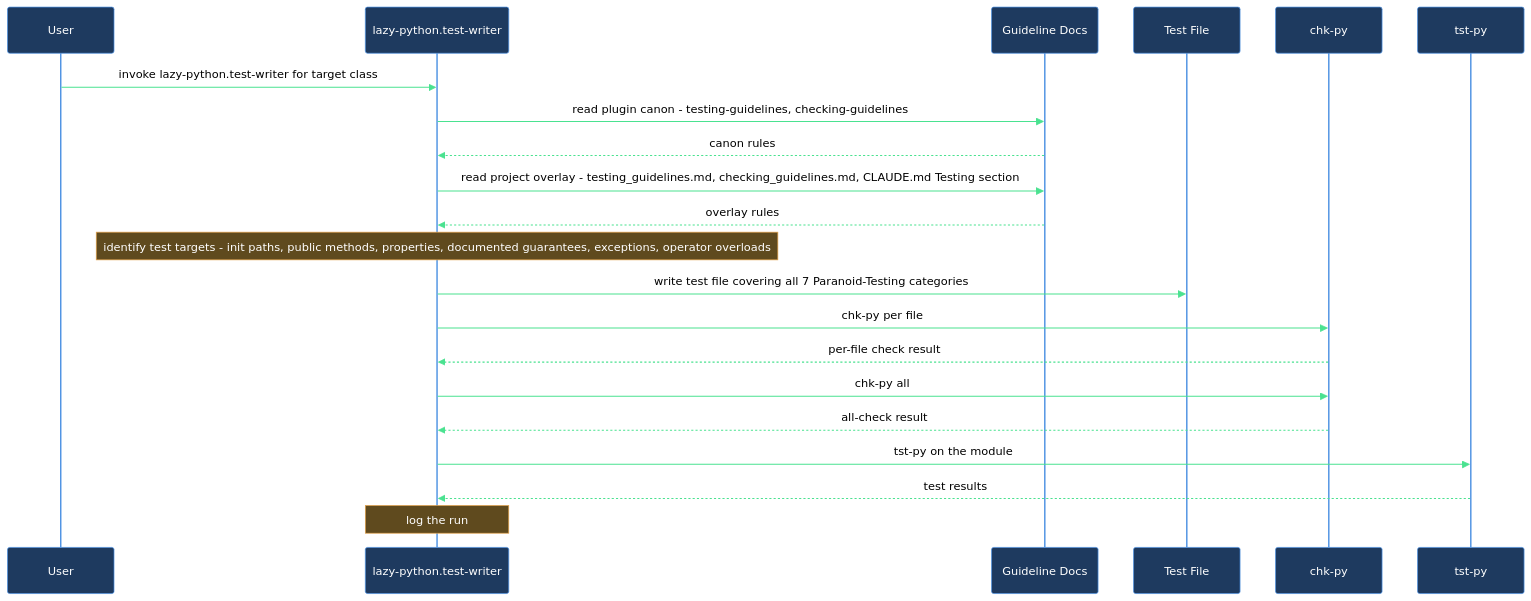
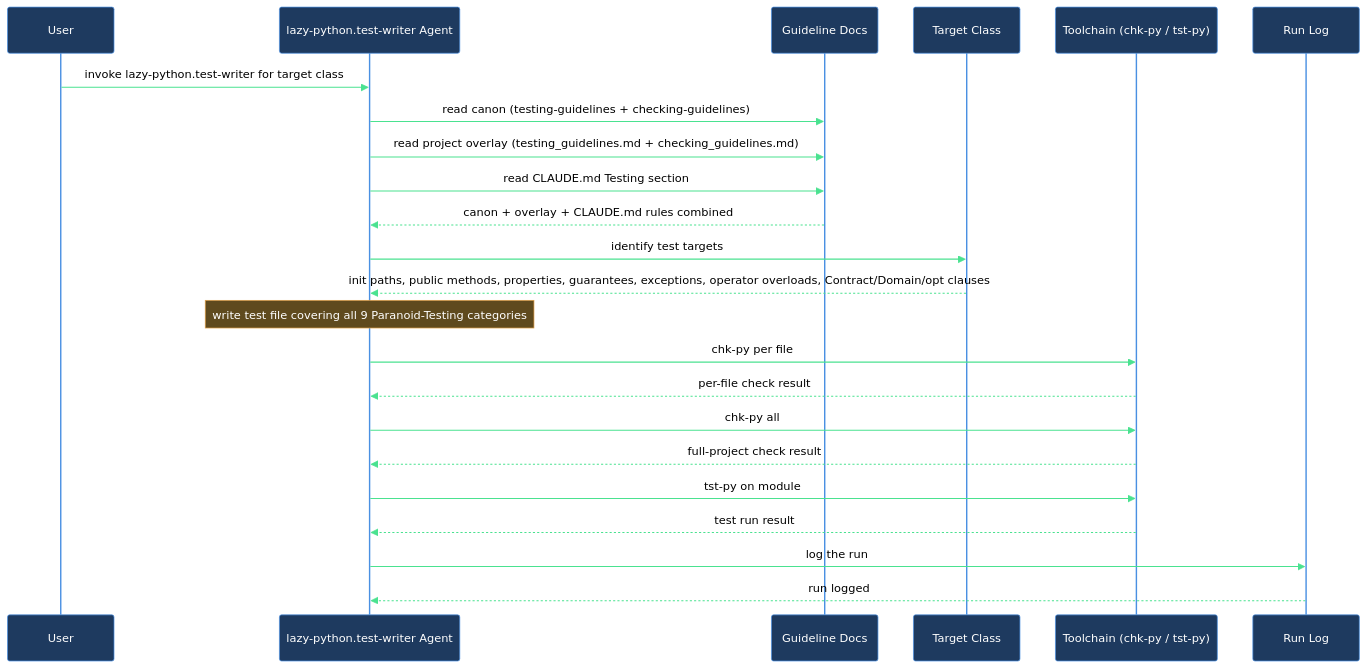
One commit to mebius-san/lazy-cortex changed the diagram in claude/lazycortex-python/help/walkthroughs/write-tests-for-new-class.md. Above: the diagram before and after it, drawn with Mermaid. The commit also changed other lines of this file and 289 other files, not shown here.

````diff
--- a/claude/lazycortex-python/help/walkthroughs/write-tests-for-new-class.md
+++ b/claude/lazycortex-python/help/walkthroughs/write-tests-for-new-class.md
@@ -171,25 +176,27 @@
 ```mermaid
 %%{init: {'themeVariables':{'background':'transparent','primaryColor':'#1e3a5f','primaryBorderColor':'#4a90e2','primaryTextColor':'#fff','lineColor':'#4ae290','actorBkg':'#1e3a5f','actorBorder':'#4a90e2','actorTextColor':'#fff','actorLineColor':'#4a90e2','signalColor':'#4ae290','signalTextColor':'#000','noteBkgColor':'#5f4a1e','noteBorderColor':'#e2a14a','noteTextColor':'#fff','labelBoxBkgColor':'#5f4a1e','labelBoxBorderColor':'#e2a14a','labelTextColor':'#fff','loopTextColor':'#e2a14a'},'sequence':{'diagramPadding':5,'useMaxWidth':true}}}%%
 sequenceDiagram
   participant user as User
-  participant testWriter as lazy-python.test-writer
+  participant testWriter as lazy-python.test-writer Agent
   participant docs as Guideline Docs
-  participant testFile as Test File
-  participant chkPy as chk-py
-  participant tstPy as tst-py
+  participant targetClass as Target Class
+  participant toolchain as Toolchain (chk-py / tst-py)
+  participant runLog as Run Log
 
   user->>testWriter: invoke lazy-python.test-writer for target class
-  testWriter->>docs: read plugin canon - testing-guidelines, checking-guidelines
-  docs-->>testWriter: canon rules
-  testWriter->>docs: read project overlay - testing_guidelines.md, checking_guidelines.md, CLAUDE.md Testing section
-  docs-->>testWriter: overlay rules
-  Note over testWriter: identify test targets - init paths, public methods, properties, documented guarantees, exceptions, operator overloads
-  testWriter->>testFile: write test file covering all 7 Paranoid-Testing categories
-  testWriter->>chkPy: chk-py per file
-  chkPy-->>testWriter: per-file check result
-  testWriter->>chkPy: chk-py all
-  chkPy-->>testWriter: all-check result
-  testWriter->>tstPy: tst-py on the module
-  tstPy-->>testWriter: test results
-  Note over testWriter: log the run
+  testWriter->>docs: read canon (testing-guidelines + checking-guidelines)
+  testWriter->>docs: read project overlay (testing_guidelines.md + checking_guidelines.md)
+  testWriter->>docs: read CLAUDE.md Testing section
+  docs-->>testWriter: canon + overlay + CLAUDE.md rules combined
+  testWriter->>targetClass: identify test targets
+  targetClass-->>testWriter: init paths, public methods, properties, guarantees, exceptions, operator overloads, Contract/Domain/opt clauses
+  Note over testWriter: write test file covering all 9 Paranoid-Testing categories
+  testWriter->>toolchain: chk-py per file
+  toolchain-->>testWriter: per-file check result
+  testWriter->>toolchain: chk-py all
+  toolchain-->>testWriter: full-project check result
+  testWriter->>toolchain: tst-py on module
+  toolchain-->>testWriter: test run result
+  testWriter->>runLog: log the run
+  runLog-->>testWriter: run logged
 ```
````
